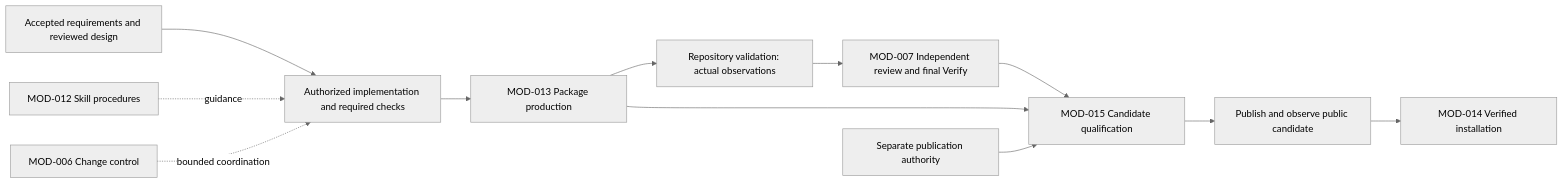
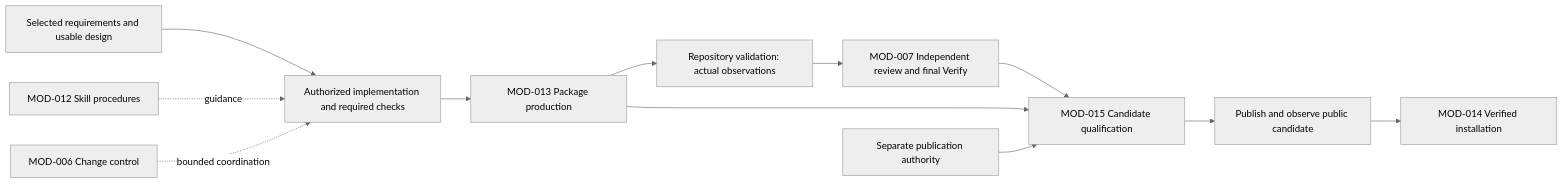
The diagram in design/architecture/composition.md (xiongxianfei/rigorloop), drawn with Mermaid (neutral theme) before and after one commit. The commit also changed other lines of this file and 166 other files, not shown here.

````diff
--- a/design/architecture/composition.md
+++ b/design/architecture/composition.md
@@ -131,14 +131,14 @@
 ```mermaid
 flowchart LR
-  Basis["Accepted requirements and reviewed design"] --> Work["Authorized implementation and required checks"]
+  Basis["Selected requirements and usable design"] --> Work["Authorized implementation and required checks"]
   Guidance["MOD-012 Skill procedures"] -. guidance .-> Work
   Control["MOD-006 Change control"] -. bounded coordination .-> Work
   Work --> Candidate["MOD-013 Package production"]
   Candidate --> Checks["Repository validation: actual observations"]
   Checks --> Assess["MOD-007 Independent review and final Verify"]
   Assess --> Release["MOD-015 Candidate qualification"]
   Candidate --> Release
   Authority["Separate publication authority"] --> Release
   Release --> Public["Publish and observe public candidate"]
   Public --> Install["MOD-014 Verified installation"]
 ```
````
